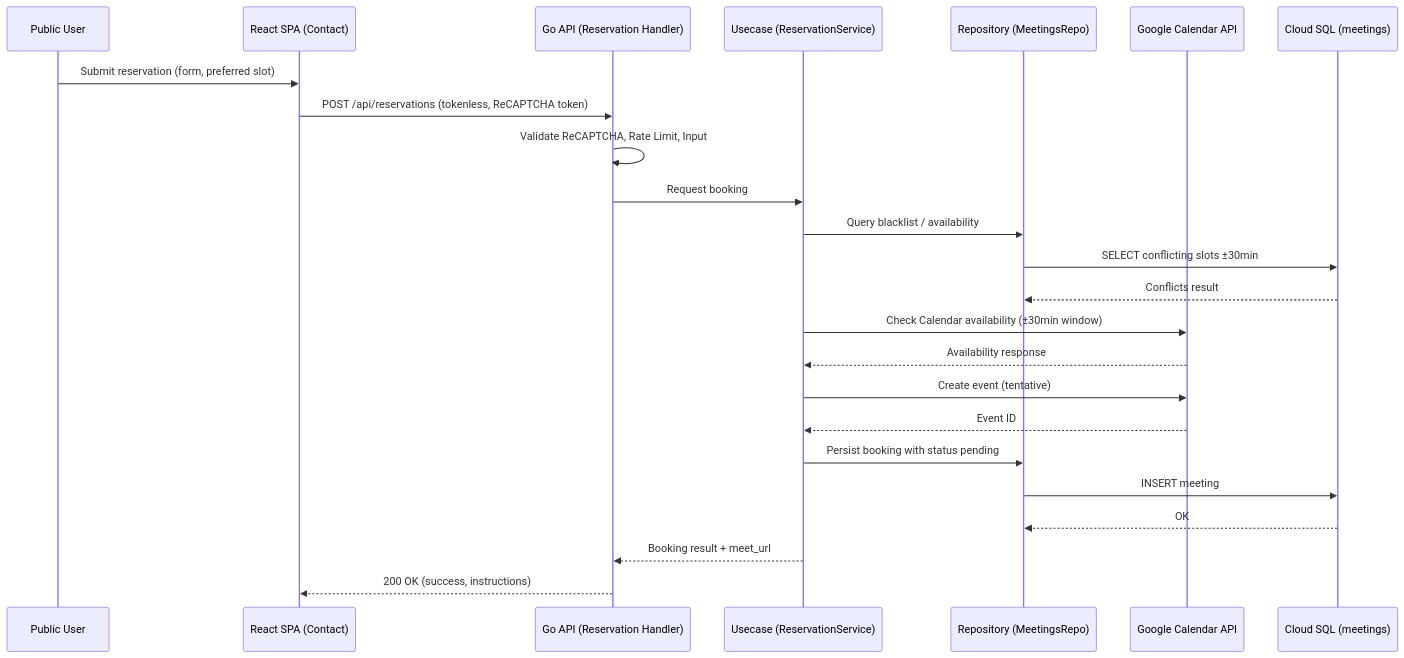
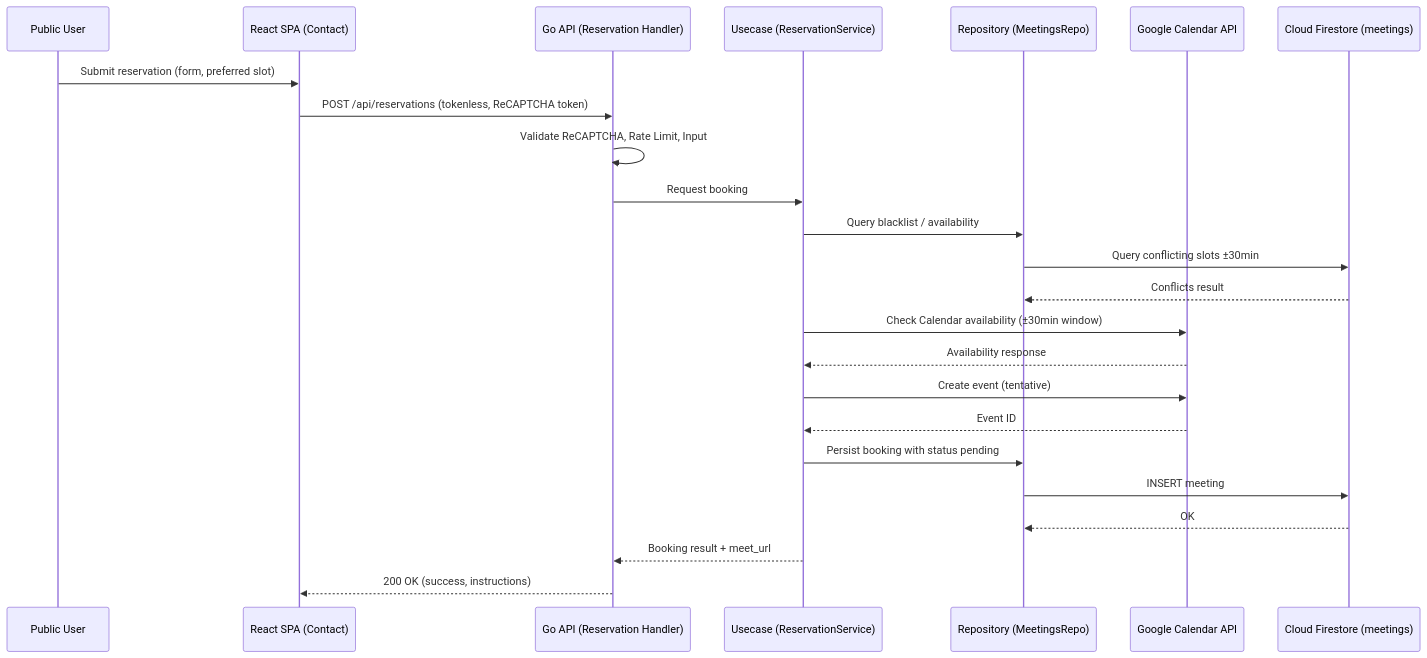
The second of 3 diagrams in docs/architecture-design.md (ttokunaga-jp/personalWebsite), drawn with Mermaid before and after one commit. The commit also changed other lines of this file and 43 other files, not shown here.

````diff
--- a/docs/architecture-design.md
+++ b/docs/architecture-design.md
@@ -63,27 +63,27 @@
 ```mermaid
 sequenceDiagram
     participant User as Public User
     participant SPA as React SPA (Contact)
     participant API as Go API (Reservation Handler)
     participant UC as Usecase (ReservationService)
     participant Repo as Repository (MeetingsRepo)
     participant Calendar as Google Calendar API
-    participant DB as Cloud SQL (meetings)
+    participant DB as Cloud Firestore (meetings)
 
     User->>SPA: Submit reservation (form, preferred slot)
     SPA->>API: POST /api/reservations (tokenless, ReCAPTCHA token)
     API->>API: Validate ReCAPTCHA, Rate Limit, Input
     API->>UC: Request booking
     UC->>Repo: Query blacklist / availability
-    Repo->>DB: SELECT conflicting slots ±30min
+    Repo->>DB: Query conflicting slots ±30min
     DB-->>Repo: Conflicts result
     UC->>Calendar: Check Calendar availability (±30min window)
     Calendar-->>UC: Availability response
     UC->>Calendar: Create event (tentative)
     Calendar-->>UC: Event ID
     UC->>Repo: Persist booking with status pending
     Repo->>DB: INSERT meeting
     DB-->>Repo: OK
     UC-->>API: Booking result + meet_url
     API-->>SPA: 200 OK (success, instructions)
 ```
````
